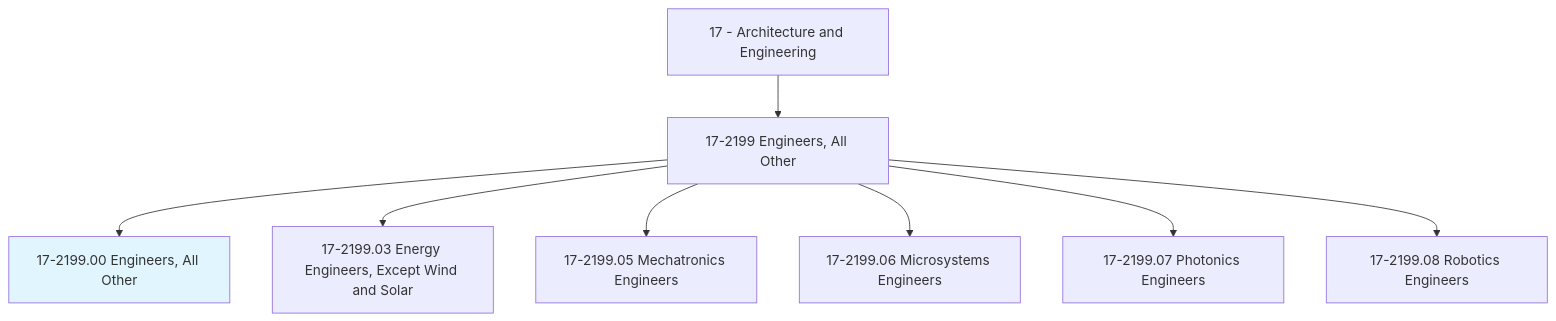
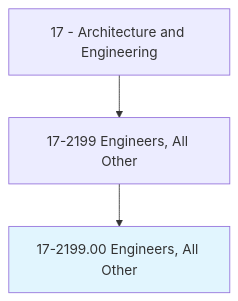
Before and after one commit to kziemski/business.org.ai: the first of 4 diagrams in occupations/Architecture/Engineers.mdx, drawn with Mermaid. The commit also changed other lines of this file and 938 other files, not shown here.

````diff
--- a/occupations/Architecture/Engineers.mdx
+++ b/occupations/Architecture/Engineers.mdx
@@ -19,11 +23,6 @@
 ```mermaid
 graph TD
     Cat17["17 - Architecture and Engineering"] --> Group172199["17-2199 Engineers, All Other"]
     Group172199 --> Current["17-2199.00 Engineers, All Other"]
     style Current fill:#e1f5fe
-    Group172199 --> V17219903["17-2199.03 Energy Engineers, Except Wind and Solar"]
-    Group172199 --> V17219905["17-2199.05 Mechatronics Engineers"]
-    Group172199 --> V17219906["17-2199.06 Microsystems Engineers"]
-    Group172199 --> V17219907["17-2199.07 Photonics Engineers"]
-    Group172199 --> V17219908["17-2199.08 Robotics Engineers"]
 ```
````
